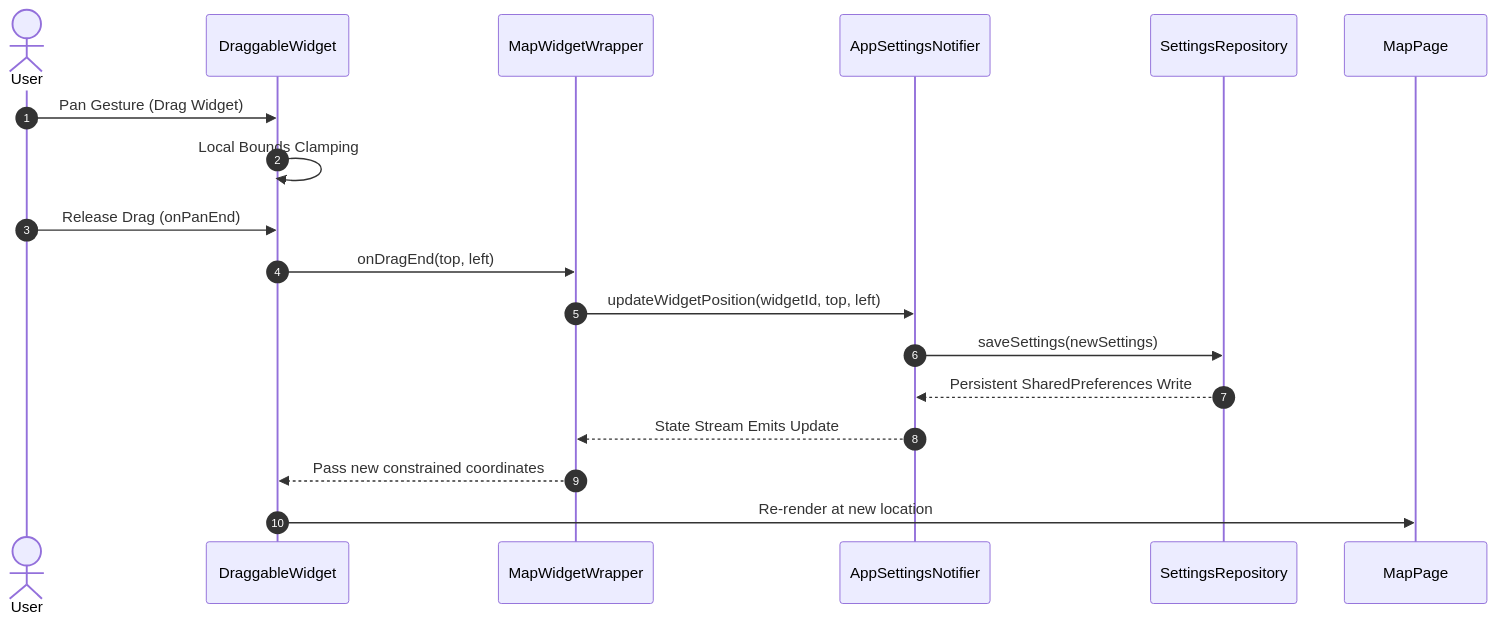
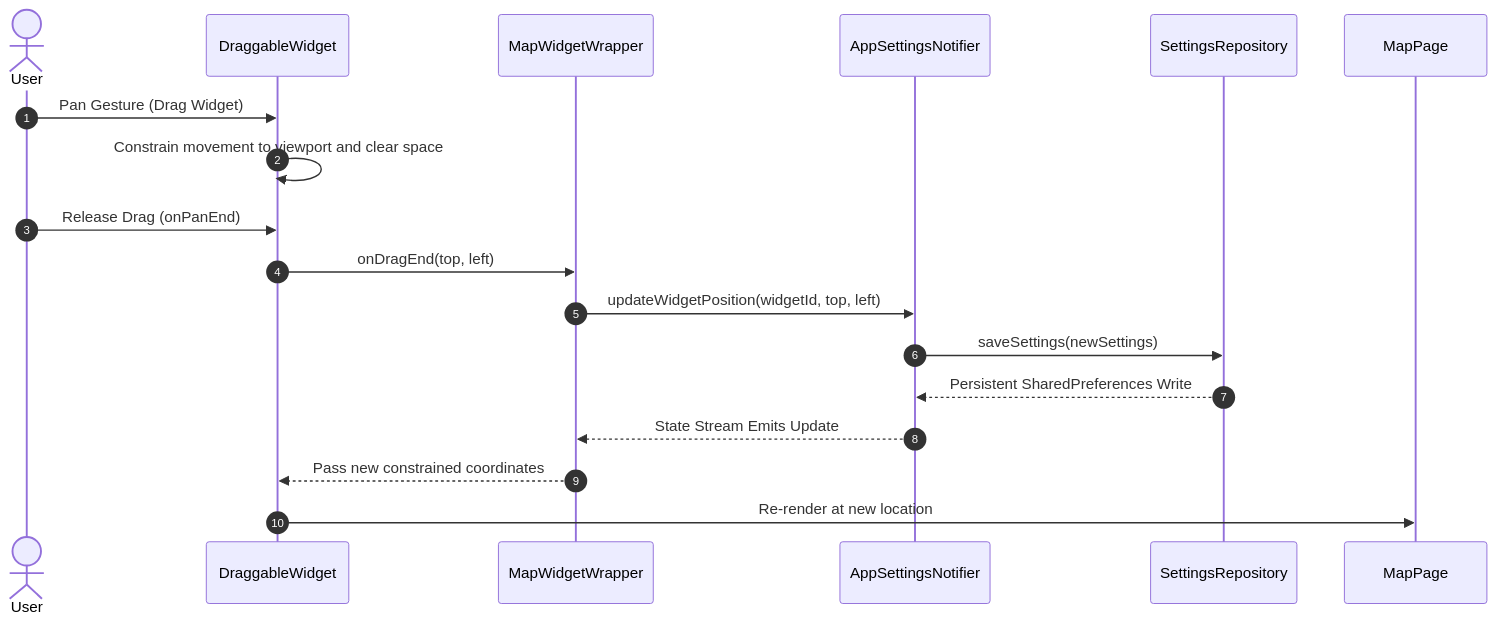
The first of 3 diagrams in documentation/features/customizable-widgets-layout.md (jobes/stork), drawn with Mermaid before and after one commit. The commit also changed other lines of this file and 7 other files, not shown here.

````diff
--- a/documentation/features/customizable-widgets-layout.md
+++ b/documentation/features/customizable-widgets-layout.md
@@ -11,21 +13,21 @@
 ```mermaid
 sequenceDiagram
     autonumber
     actor User
     participant DW as DraggableWidget
     participant MWW as MapWidgetWrapper
     participant ASN as AppSettingsNotifier
     participant SR as SettingsRepository
     participant Map as MapPage
 
     User->>DW: Pan Gesture (Drag Widget)
-    DW->>DW: Local Bounds Clamping
+    DW->>DW: Constrain movement to viewport and clear space
     User->>DW: Release Drag (onPanEnd)
     DW->>MWW: onDragEnd(top, left)
     MWW->>ASN: updateWidgetPosition(widgetId, top, left)
     ASN->>SR: saveSettings(newSettings)
     SR-->>ASN: Persistent SharedPreferences Write
     ASN-->>MWW: State Stream Emits Update
     MWW-->>DW: Pass new constrained coordinates
     DW->>Map: Re-render at new location
 ```
````
